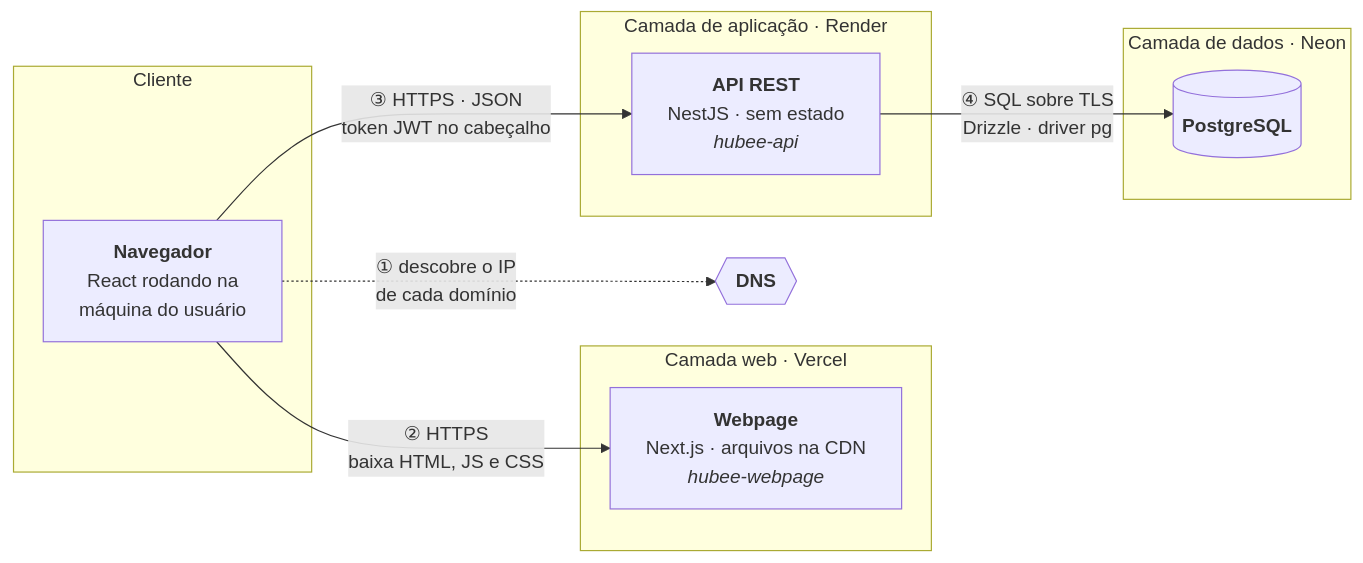
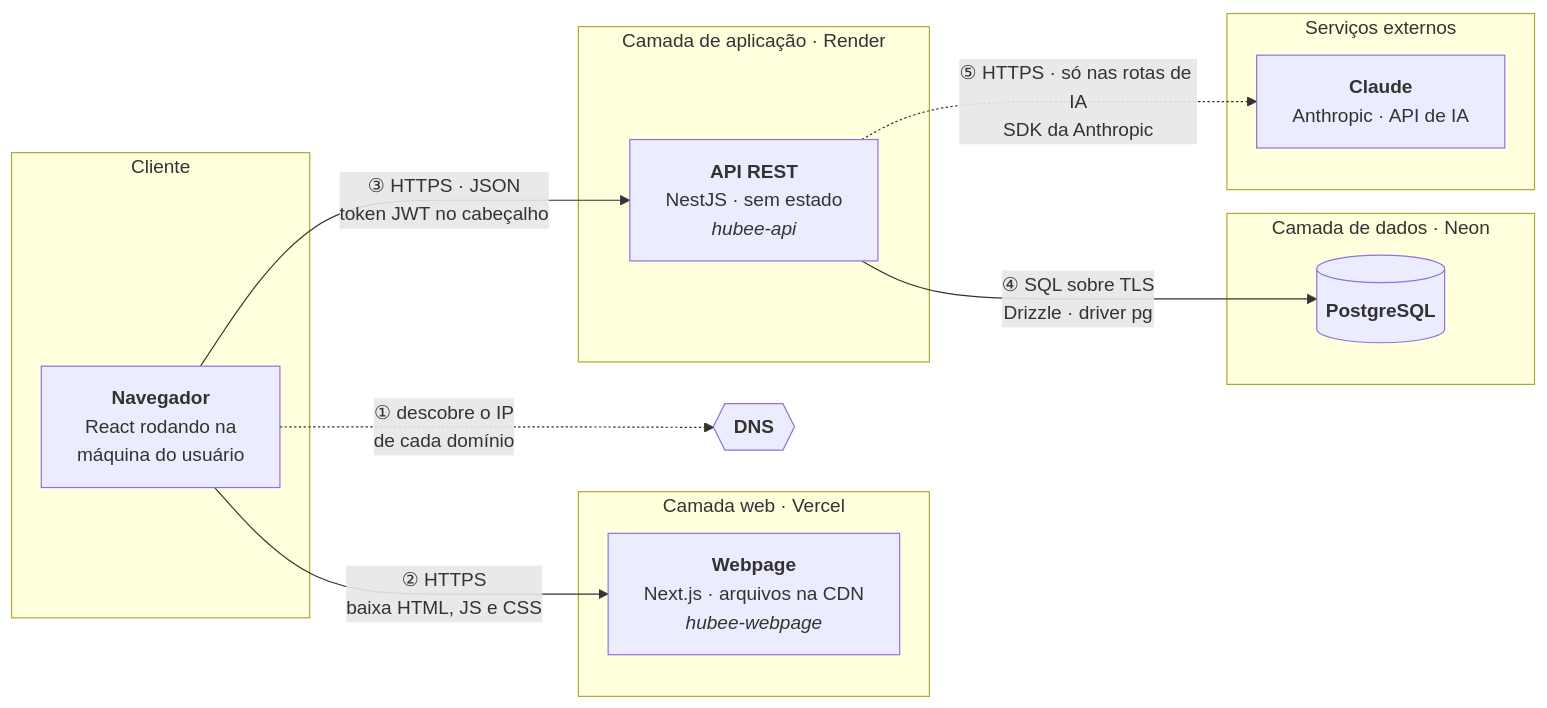
The first of 3 diagrams in docs/infra/arquitetura.md (Hubee-Unifesp/alexandrita-docs), drawn with Mermaid before and after one commit. The commit also changed other lines of this file and 2 other files, not shown here.

Commit message:
docs(GOL-282): documenta integracao com ia e configuracao da chave da anthropic
Adiciona a pagina de integracao com o Claude no backend: variaveis de IA,
como rodar localmente sem chave, como criar a chave de producao com limite
de gasto no Console da Anthropic, configuracao no Render, controles de uso
e custo e o que fazer se a chave vazar. Inclui a Anthropic no diagrama de
arquitetura e ANTHROPIC_API_KEY nas tabelas de variaveis.

````diff
--- a/docs/infra/arquitetura.md
+++ b/docs/infra/arquitetura.md
@@ -15,25 +15,30 @@
 ```mermaid
 flowchart LR
     subgraph CLIENTE["Cliente"]
         U["<b>Navegador</b><br/>React rodando na<br/>máquina do usuário"]
     end
 
     DNS{{"<b>DNS</b>"}}
 
     subgraph WEB["Camada web · Vercel"]
         W["<b>Webpage</b><br/>Next.js · arquivos na CDN<br/><i>hubee-webpage</i>"]
     end
 
     subgraph APP["Camada de aplicação · Render"]
         A["<b>API REST</b><br/>NestJS · sem estado<br/><i>hubee-api</i>"]
     end
 
     subgraph DATA["Camada de dados · Neon"]
         D[("<b>PostgreSQL</b>")]
     end
 
+    subgraph EXT["Serviços externos"]
+        C["<b>Claude</b><br/>Anthropic · API de IA"]
+    end
+
     U -. "① descobre o IP<br/>de cada domínio" .-> DNS
     U -- "② HTTPS<br/>baixa HTML, JS e CSS" --> W
     U -- "③ HTTPS · JSON<br/>token JWT no cabeçalho" --> A
     A -- "④ SQL sobre TLS<br/>Drizzle · driver pg" --> D
+    A -. "⑤ HTTPS · só nas rotas de IA<br/>SDK da Anthropic" .-> C
 ```
````
